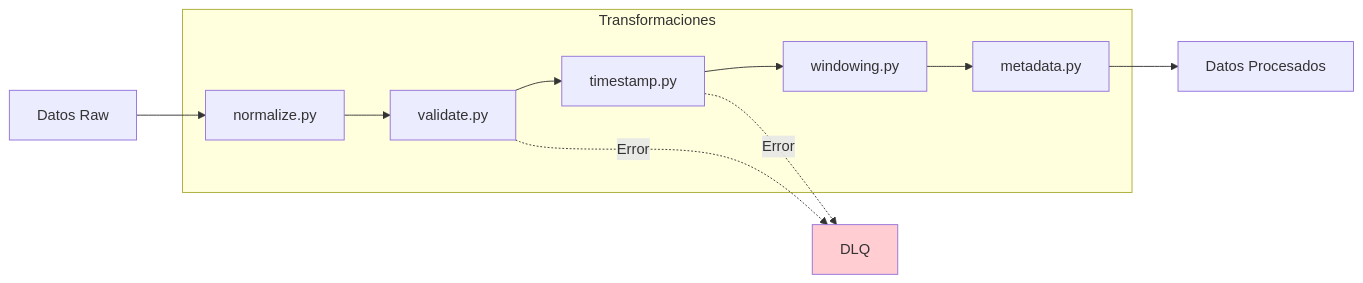
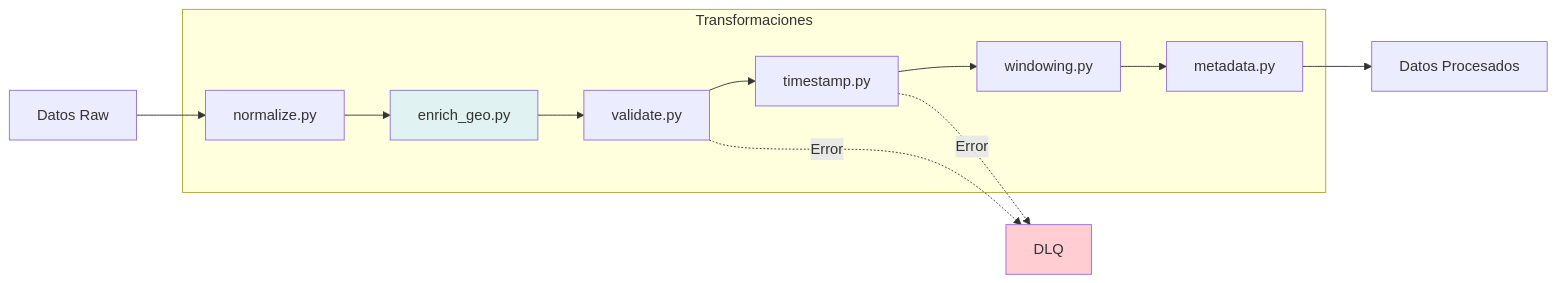
The sixth of 7 diagrams in ESTRUCTURA_PROYECTO.md (arthur8davis/tfm-dataflow-architecture), drawn with Mermaid before and after one commit. The commit also changed other lines of this file and 9 other files, not shown here.

````diff
--- a/ESTRUCTURA_PROYECTO.md
+++ b/ESTRUCTURA_PROYECTO.md
@@ -598,17 +355,19 @@
 ```mermaid
 graph LR
     subgraph "Transformaciones"
-        N[normalize.py] --> V[validate.py]
+        N[normalize.py] --> EG[enrich_geo.py]
+        EG --> V[validate.py]
         V --> T[timestamp.py]
         T --> W[windowing.py]
         W --> M[metadata.py]
     end
 
     Input[Datos Raw] --> N
     M --> Output[Datos Procesados]
 
     V -.->|Error| DLQ[DLQ]
     T -.->|Error| DLQ
 
+    style EG fill:#e0f2f1
     style DLQ fill:#ffcdd2
 ```
````
